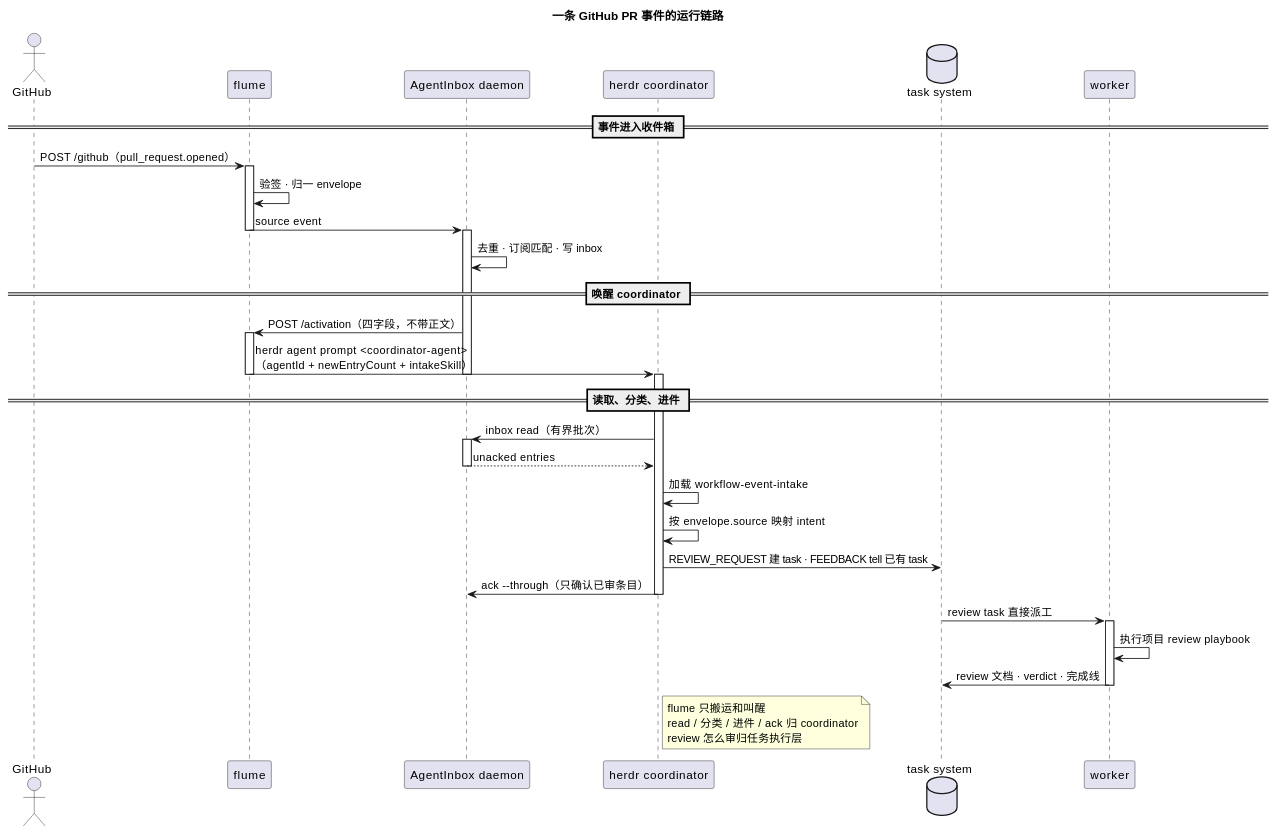
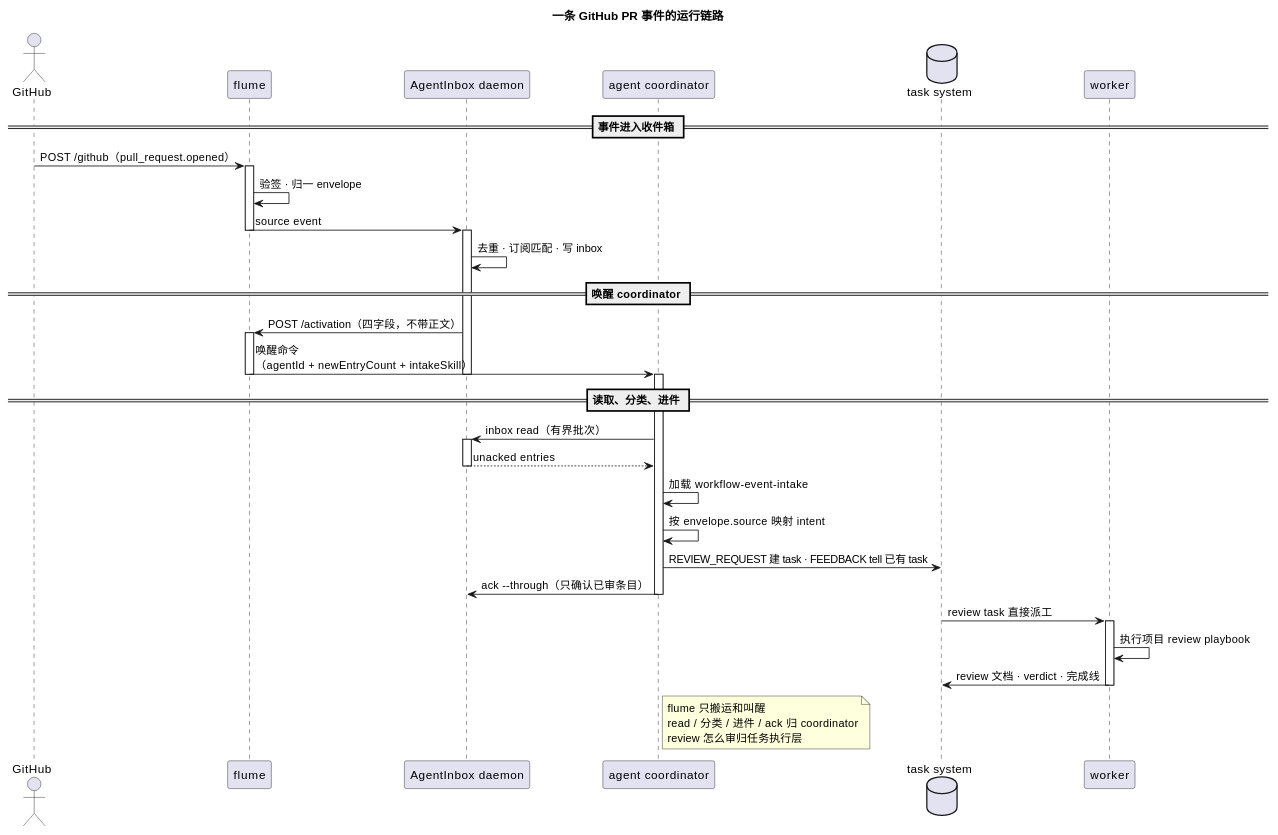
The diagram in README.md (iodone/flume), drawn with PlantUML before and after one commit. The commit also changed other lines of this file and 3 other files, not shown here.

````diff
--- a/README.md
+++ b/README.md
@@ -191,53 +70,53 @@
 ```plantuml
 @startuml
 title 一条 GitHub PR 事件的运行链路
 
 actor       "GitHub"                      as GH
 participant "flume"                       as FL
 participant "AgentInbox daemon"           as AI
-participant "herdr coordinator"           as CO
+participant "agent coordinator"           as CO
 database    "task system"                 as BD
 participant "worker"                      as WK
 
 == 事件进入收件箱 ==
 GH -> FL : POST /github（pull_request.opened）
 activate FL
 FL -> FL : 验签 · 归一 envelope
 FL -> AI : source event
 deactivate FL
 activate AI
 AI -> AI : 去重 · 订阅匹配 · 写 inbox
 
 == 唤醒 coordinator ==
 AI -> FL : POST /activation（四字段，不带正文）
 activate FL
-FL -> CO : herdr agent prompt <coordinator-agent>\n（agentId + newEntryCount + intakeSkill）
+FL -> CO : 唤醒命令\n（agentId + newEntryCount + intakeSkill）
 deactivate FL
 deactivate AI
 
 == 读取、分类、进件 ==
 activate CO
 CO -> AI : inbox read（有界批次）
 activate AI
 AI --> CO : unacked entries
 deactivate AI
 CO -> CO : 加载 workflow-event-intake
 CO -> CO : 按 envelope.source 映射 intent
 CO -> BD : REVIEW_REQUEST 建 task · FEEDBACK tell 已有 task
 CO -> AI : ack --through（只确认已审条目）
 deactivate CO
 
 BD -> WK : review task 直接派工
 activate WK
 WK -> WK : 执行项目 review playbook
 WK -> BD : review 文档 · verdict · 完成线
 deactivate WK
 
 note right of CO
   flume 只搬运和叫醒
   read / 分类 / 进件 / ack 归 coordinator
   review 怎么审归任务执行层
 end note
 
 @enduml
 ```
````
